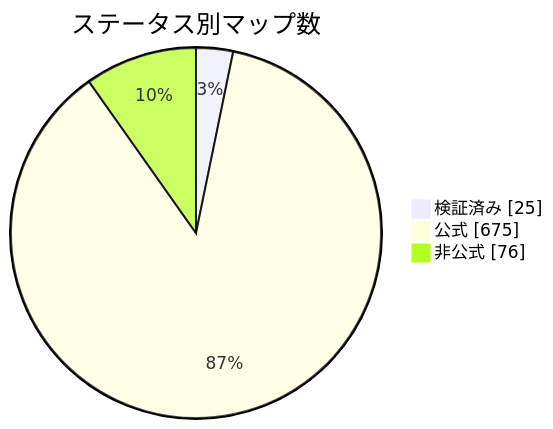
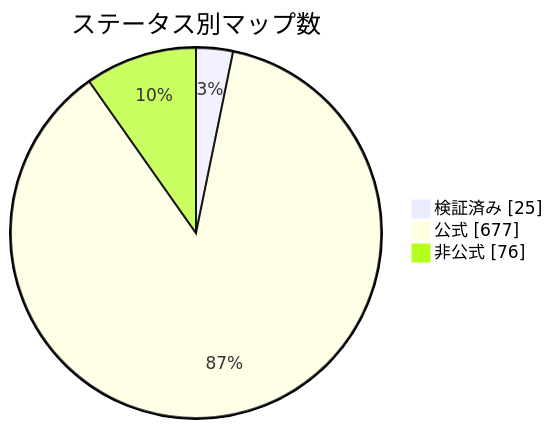
One commit to nobrega8/mbmap-library changed the diagram in docs/readme/README_JP.md. Above: the diagram before and after it, drawn with Mermaid. The commit also changed 7 other files, not shown here.

````diff
--- a/docs/readme/README_JP.md
+++ b/docs/readme/README_JP.md
@@ -54,7 +54,7 @@
 ```mermaid
 pie showData
     title ステータス別マップ数
     "検証済み" : 25
-    "公式" : 675
+    "公式" : 677
     "非公式" : 76
 ```
````
